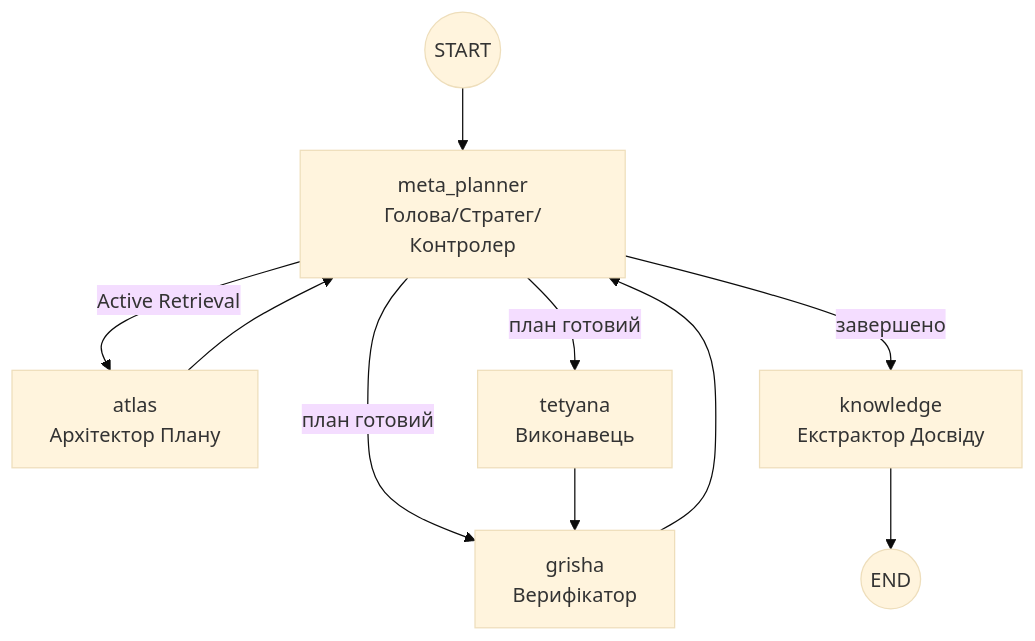
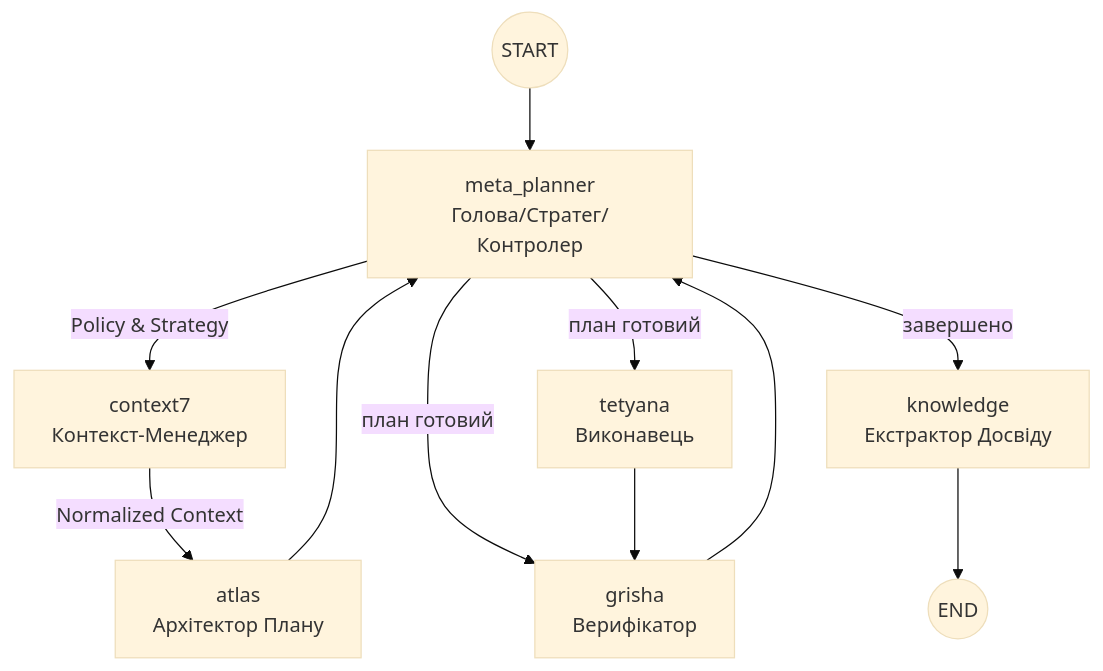
The diagram in docs/atlas.md (olegkizima01/System), drawn with Mermaid (base theme) before and after one commit. The commit also changed other lines of this file and 2 other files, not shown here.

Commit message:
docs: Restore Context7 as Explicit Context Manager in architecture

````diff
--- a/docs/atlas.md
+++ b/docs/atlas.md
@@ -33,12 +33,13 @@
 ```mermaid
 graph TD
     START((START)) --> MP[meta_planner<br/>Голова/Стратег/Контролер]
-    MP -->|Active Retrieval| A[atlas<br/>Архітектор Плану]
+    MP -->|Policy & Strategy| C7[context7<br/>Контекст-Менеджер]
+    C7 -->|Normalized Context| A[atlas<br/>Архітектор Плану]
     MP -->|план готовий| T[tetyana<br/>Виконавець]
     MP -->|план готовий| G[grisha<br/>Верифікатор]
     A --> MP
     T --> G
     G --> MP
     MP -->|завершено| K[knowledge<br/>Екстрактор Досвіду]
     K --> END((END))
 ```
````
